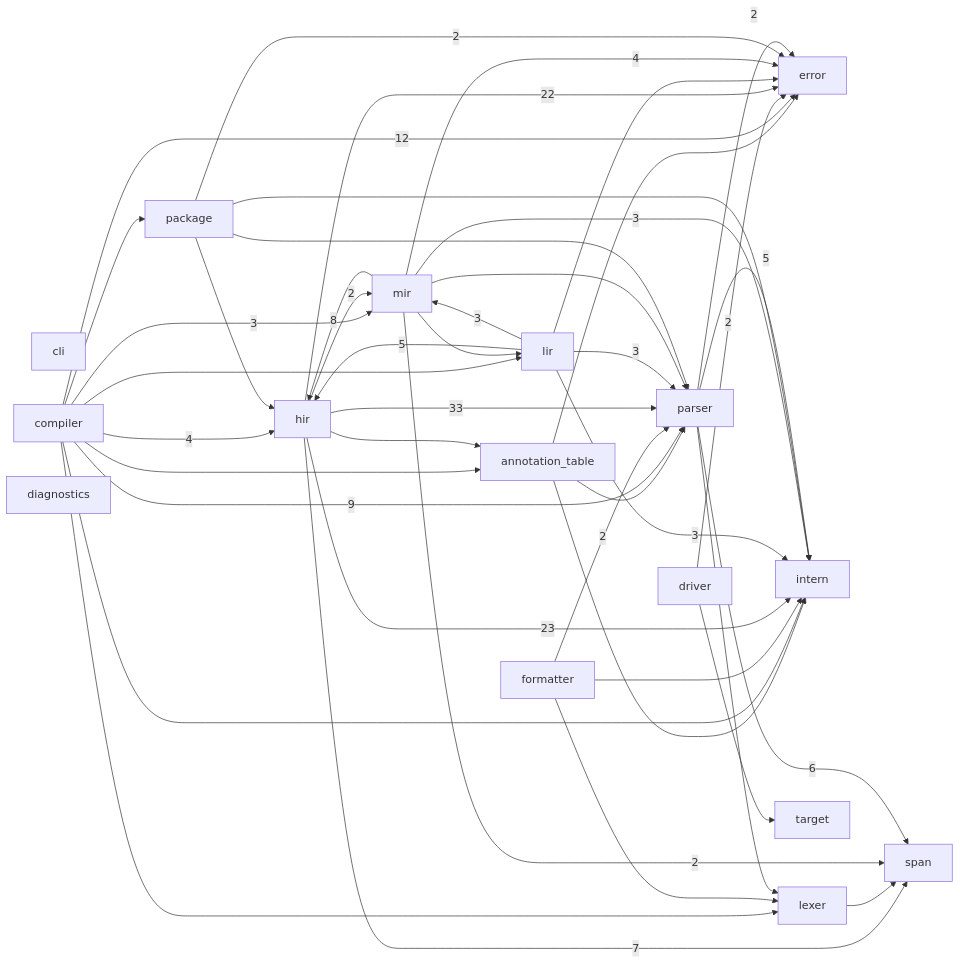
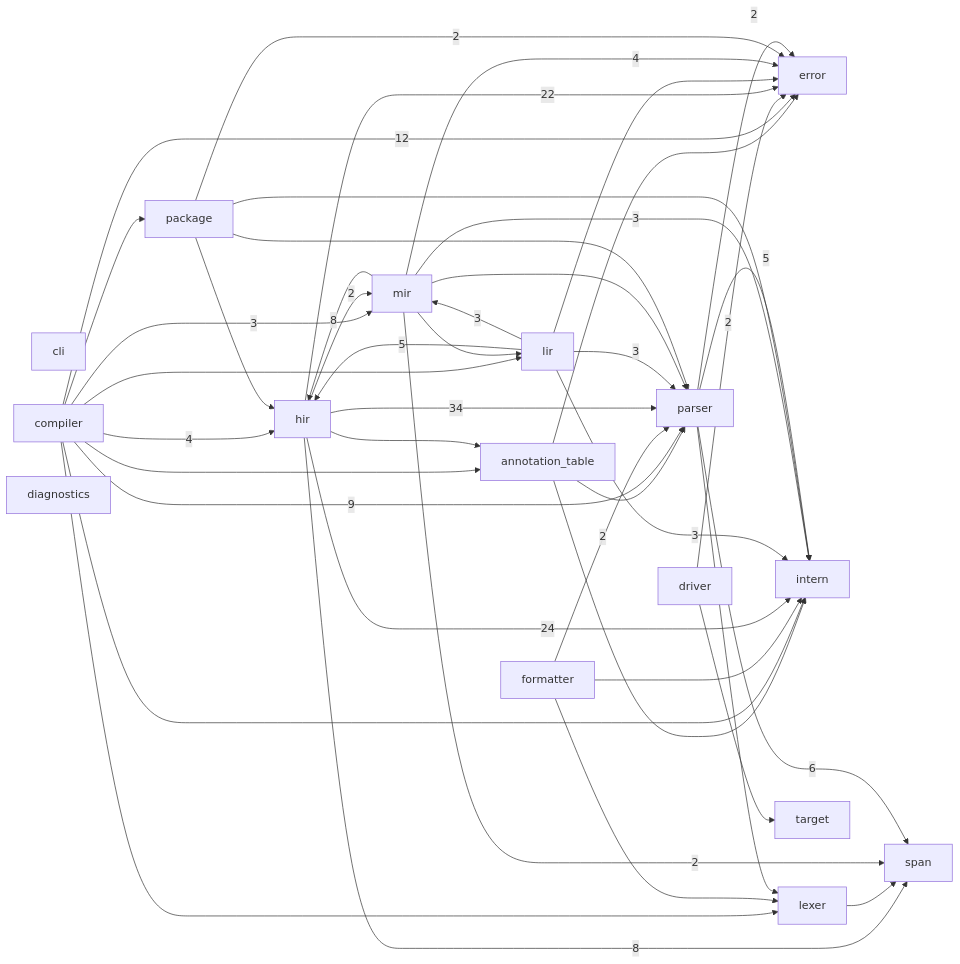
The diagram in docs/module-graph.md (ayanami1ei/Ayanami-language), drawn with Mermaid before and after one commit. The commit also changed other lines of this file and 11 other files, not shown here.

````diff
--- a/docs/module-graph.md
+++ b/docs/module-graph.md
@@ -6,62 +6,62 @@
 ```mermaid
 graph LR
     annotation_table
     cli
     compiler
     diagnostics
     driver
     error
     formatter
     hir
     intern
     lexer
     lir
     mir
     package
     parser
     span
     target
     annotation_table --> error
     annotation_table --> intern
     annotation_table --> parser
     compiler --> annotation_table
     compiler -->|12| error
     compiler -->|4| hir
     compiler --> intern
     compiler --> lexer
     compiler --> lir
     compiler -->|3| mir
     compiler --> package
     compiler -->|9| parser
     driver -->|2| error
     driver --> target
     formatter --> intern
     formatter --> lexer
     formatter -->|2| parser
     hir --> annotation_table
     hir -->|22| error
-    hir -->|23| intern
+    hir -->|24| intern
     hir -->|2| mir
-    hir -->|33| parser
-    hir -->|7| span
+    hir -->|34| parser
+    hir -->|8| span
     lexer --> span
     lir --> error
     lir -->|5| hir
     lir -->|3| intern
     lir -->|3| mir
     lir -->|3| parser
     mir -->|4| error
     mir -->|8| hir
     mir -->|3| intern
     mir --> lir
     mir --> parser
     mir -->|2| span
     package -->|2| error
     package --> hir
     package --> intern
     package --> parser
     parser -->|2| error
     parser -->|5| intern
     parser --> lexer
     parser -->|6| span
 ```
````
